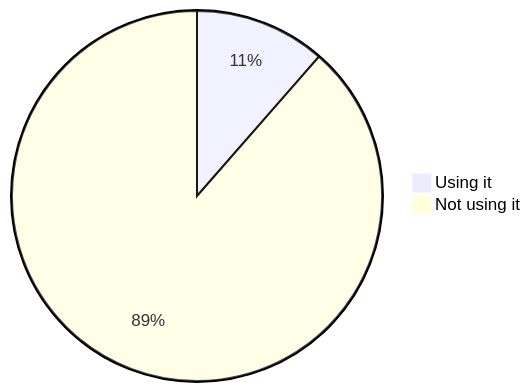
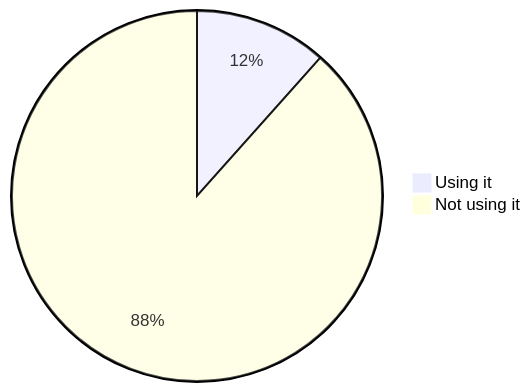
Before and after one commit to oshp/oshp-stats: the fourth of 22 diagrams in stats.md, drawn with Mermaid. The commit also changed other lines of this file, not shown here.

````diff
--- a/stats.md
+++ b/stats.md
@@ -46,6 +46,6 @@
 ```mermaid
 pie
-	"Using it" : 11.44
-	"Not using it" : 88.56
+	"Using it" : 11.59
+	"Not using it" : 88.41
 
 ```
````
